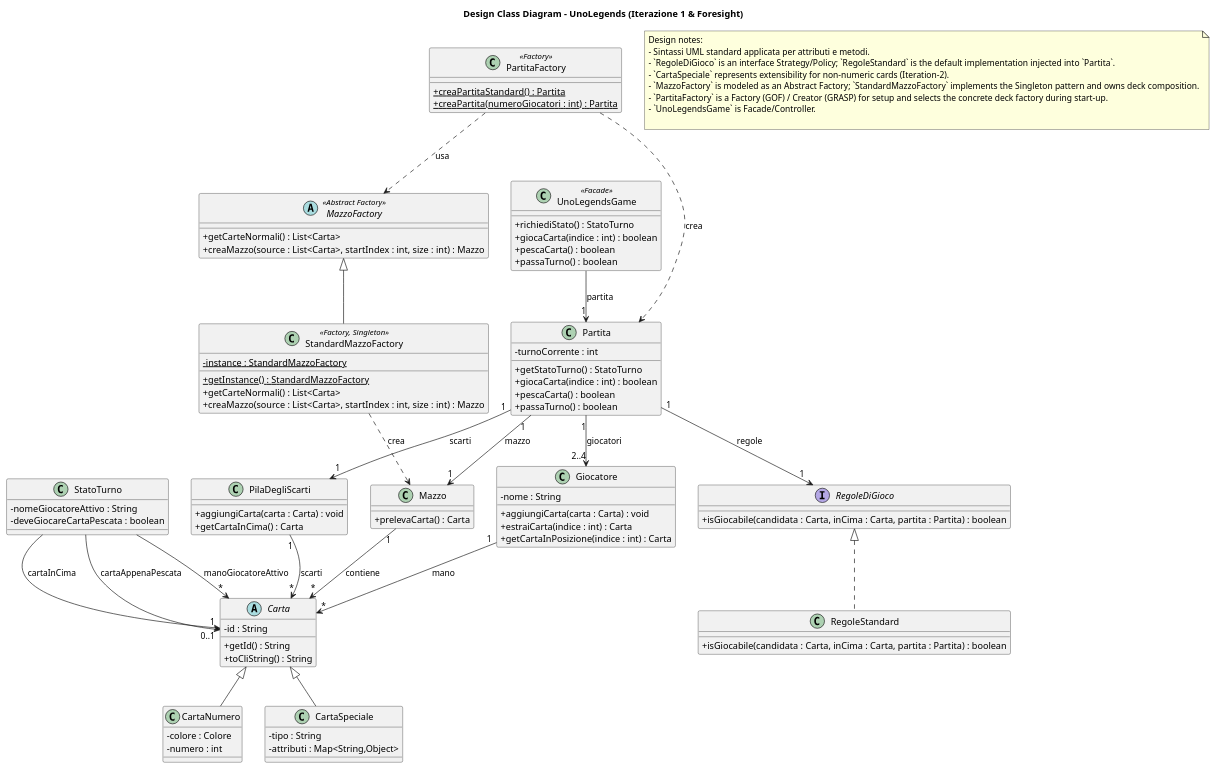
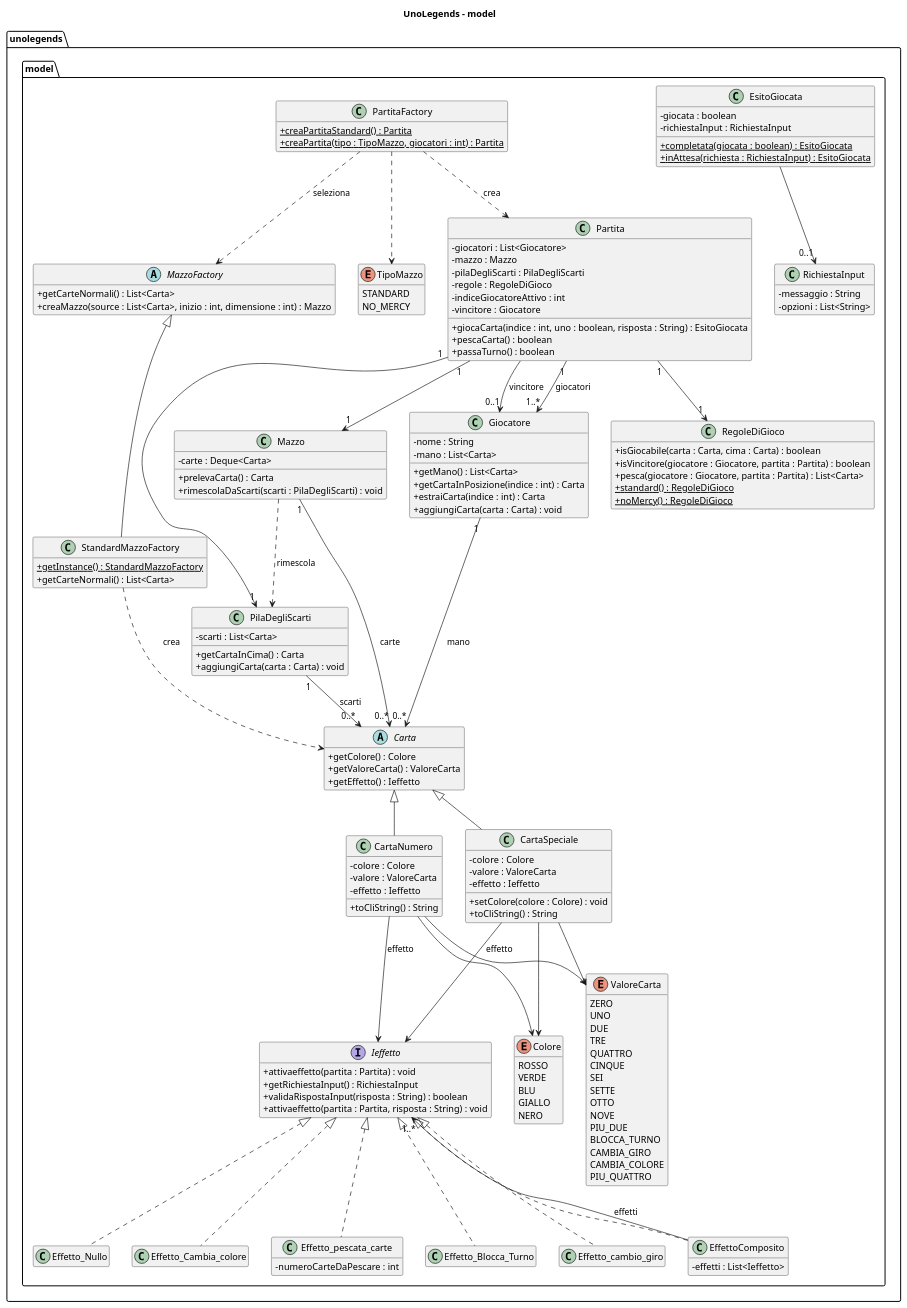
The diagram in Codice/docs/domain_class_diagram.puml (Frozzo/SoftwareEngineering), drawn with PlantUML before and after one commit. The commit also changed 27 other files, not shown here.

Commit message:
aggiumto effetti scalabili con aggiunta di classi d ausilio e modifica file di documentazione fra i quali domain_class_diagram.puml e gioca_turno.puml Nota il commit precedente ha effetti trattati in modo individuale magari è piu semplice il diagramma di quella verisone, rimosso anche stato turno

```diff
--- a/Codice/docs/domain_class_diagram.puml
+++ b/Codice/docs/domain_class_diagram.puml
@@ -1,114 +1,183 @@
 @startuml
-title Design Class Diagram - UnoLegends (Iterazione 1 & Foresight)
+title UnoLegends - model
 skinparam classAttributeIconSize 0
+hide empty members
+scale max 7000 width
 
-' Interfaces and abstract
-abstract class Carta {
-  -id : String
-  +getId() : String
-  +toCliString() : String
+package "unolegends.model" {
+  abstract class Carta {
+    +getColore() : Colore
+    +getValoreCarta() : ValoreCarta
+    +getEffetto() : Ieffetto
+  }
+
+  class CartaNumero {
+    -colore : Colore
+    -valore : ValoreCarta
+    -effetto : Ieffetto
+    +toCliString() : String
+  }
+
+  class CartaSpeciale {
+    -colore : Colore
+    -valore : ValoreCarta
+    -effetto : Ieffetto
+    +setColore(colore : Colore) : void
+    +toCliString() : String
+  }
+
+  class Giocatore {
+    -nome : String
+    -mano : List<Carta>
+    +getMano() : List<Carta>
+    +getCartaInPosizione(indice : int) : Carta
+    +estraiCarta(indice : int) : Carta
+    +aggiungiCarta(carta : Carta) : void
+  }
+
+  class Partita {
+    -giocatori : List<Giocatore>
+    -mazzo : Mazzo
+    -pilaDegliScarti : PilaDegliScarti
+    -regole : RegoleDiGioco
+    -indiceGiocatoreAttivo : int
+    -vincitore : Giocatore
+    +giocaCarta(indice : int, uno : boolean, risposta : String) : EsitoGiocata
+    +pescaCarta() : boolean
+    +passaTurno() : boolean
+  }
+
+  class RegoleDiGioco {
+    +isGiocabile(carta : Carta, cima : Carta) : boolean
+    +isVincitore(giocatore : Giocatore, partita : Partita) : boolean
+    +pesca(giocatore : Giocatore, partita : Partita) : List<Carta>
+    +{static} standard() : RegoleDiGioco
+    +{static} noMercy() : RegoleDiGioco
+  }
+
+  class Mazzo {
+    -carte : Deque<Carta>
+    +prelevaCarta() : Carta
+    +rimescolaDaScarti(scarti : PilaDegliScarti) : void
+  }
+
+  class PilaDegliScarti {
+    -scarti : List<Carta>
+    +getCartaInCima() : Carta
+    +aggiungiCarta(carta : Carta) : void
+  }
+
+  interface Ieffetto {
+    +attivaeffetto(partita : Partita) : void
+    +getRichiestaInput() : RichiestaInput
+    +validaRispostaInput(risposta : String) : boolean
+    +attivaeffetto(partita : Partita, risposta : String) : void
+  }
+
+  class Effetto_Nullo
+  class Effetto_Cambia_colore
+  class Effetto_pescata_carte {
+    -numeroCarteDaPescare : int
+  }
+  class Effetto_Blocca_Turno
+  class Effetto_cambio_giro
+  class EffettoComposito {
+    -effetti : List<Ieffetto>
+  }
+
+  class RichiestaInput {
+    -messaggio : String
+    -opzioni : List<String>
+  }
+
+  class EsitoGiocata {
+    -giocata : boolean
+    -richiestaInput : RichiestaInput
+    +{static} completata(giocata : boolean) : EsitoGiocata
+    +{static} inAttesa(richiesta : RichiestaInput) : EsitoGiocata
+  }
+
+  abstract class MazzoFactory {
+    +getCarteNormali() : List<Carta>
+    +creaMazzo(source : List<Carta>, inizio : int, dimensione : int) : Mazzo
+  }
+
+  class StandardMazzoFactory {
+    +{static} getInstance() : StandardMazzoFactory
+    +getCarteNormali() : List<Carta>
+  }
+
+  class PartitaFactory {
+    +{static} creaPartitaStandard() : Partita
+    +{static} creaPartita(tipo : TipoMazzo, giocatori : int) : Partita
+  }
+
+  enum Colore {
+    ROSSO
+    VERDE
+    BLU
+    GIALLO
+    NERO
+  }
+
+  enum ValoreCarta {
+    ZERO
+    UNO
+    DUE
+    TRE
+    QUATTRO
+    CINQUE
+    SEI
+    SETTE
+    OTTO
+    NOVE
+    PIU_DUE
+    BLOCCA_TURNO
+    CAMBIA_GIRO
+    CAMBIA_COLORE
+    PIU_QUATTRO
+  }
+
+  enum TipoMazzo {
+    STANDARD
+    NO_MERCY
+  }
 }
 
-interface RegoleDiGioco {
-  +isGiocabile(candidata : Carta, inCima : Carta, partita : Partita) : boolean
-}
-
-class RegoleStandard {
-  +isGiocabile(candidata : Carta, inCima : Carta, partita : Partita) : boolean
-}
-
-class CartaNumero {
-  -colore : Colore
-  -numero : int
-}
-
-class CartaSpeciale {
-  -tipo : String
-  -attributi : Map<String,Object>
-}
-
-' Domain actors / aggregates
-class Giocatore {
-  -nome : String
-  +aggiungiCarta(carta : Carta) : void
-  +estraiCarta(indice : int) : Carta
-  +getCartaInPosizione(indice : int) : Carta
-}
-
-class Mazzo {
-  +prelevaCarta() : Carta
-}
-
-class PilaDegliScarti {
-  +aggiungiCarta(carta : Carta) : void
-  +getCartaInCima() : Carta
-}
-
-class Partita {
-  -turnoCorrente : int
-  +getStatoTurno() : StatoTurno
-  +giocaCarta(indice : int) : boolean
-  +pescaCarta() : boolean
-  +passaTurno() : boolean
-}
-
-class PartitaFactory <<Factory>> {
-  +{static} creaPartitaStandard() : Partita
-  +{static} creaPartita(numeroGiocatori : int) : Partita
-}
-
-abstract class MazzoFactory <<Abstract Factory>> {
-  +getCarteNormali() : List<Carta>
-  +creaMazzo(source : List<Carta>, startIndex : int, size : int) : Mazzo
-}
-
-class StandardMazzoFactory <<Factory, Singleton>> {
-  -{static} instance : StandardMazzoFactory
-  +{static} getInstance() : StandardMazzoFactory
-  +getCarteNormali() : List<Carta>
-  +creaMazzo(source : List<Carta>, startIndex : int, size : int) : Mazzo
-}
-
-class UnoLegendsGame <<Facade>> {
-  +richiediStato() : StatoTurno
-  +giocaCarta(indice : int) : boolean
-  +pescaCarta() : boolean
-  +passaTurno() : boolean
-}
-
-class StatoTurno {
-  -nomeGiocatoreAttivo : String
-  -deveGiocareCartaPescata : boolean
-}
-
-' relationships (Inheritance and Realization)
 Carta <|-- CartaNumero
 Carta <|-- CartaSpeciale
-RegoleDiGioco <|.. RegoleStandard
+
+Ieffetto <|.. Effetto_Nullo
+Ieffetto <|.. Effetto_Cambia_colore
+Ieffetto <|.. Effetto_pescata_carte
+Ieffetto <|.. Effetto_Blocca_Turno
+Ieffetto <|.. Effetto_cambio_giro
+Ieffetto <|.. EffettoComposito
+
 MazzoFactory <|-- StandardMazzoFactory
 
-' Navigability (Attribute visualization)
-Giocatore "1" --> "*" Carta : mano
-Mazzo "1" --> "*" Carta : contiene
-PilaDegliScarti "1" --> "*" Carta : scarti
+CartaNumero --> Ieffetto : effetto
+CartaSpeciale --> Ieffetto : effetto
+EffettoComposito --> "1..*" Ieffetto : effetti
+CartaNumero --> Colore
+CartaSpeciale --> Colore
+CartaNumero --> ValoreCarta
+CartaSpeciale --> ValoreCarta
 
-Partita "1" --> "2..4" Giocatore : giocatori
-Partita "1" --> "1" Mazzo : mazzo
-Partita "1" --> "1" PilaDegliScarti : scarti
-Partita "1" --> "1" RegoleDiGioco : regole
+Giocatore "1" --> "0..*" Carta : mano
+Mazzo "1" --> "0..*" Carta : carte
+PilaDegliScarti "1" --> "0..*" Carta : scarti
+Partita "1" --> "1..*" Giocatore : giocatori
+Partita "1" --> "1" Mazzo
+Partita "1" --> "1" PilaDegliScarti
+Partita "1" --> "1" RegoleDiGioco
+Partita --> "0..1" Giocatore : vincitore
+EsitoGiocata --> "0..1" RichiestaInput
 
-UnoLegendsGame --> "1" Partita : partita
-
-' StatoTurno Visual Attributes
-StatoTurno --> "*" Carta : manoGiocatoreAttivo
-StatoTurno --> "1" Carta : cartaInCima
-StatoTurno --> "0..1" Carta : cartaAppenaPescata
-
-' Creation and Dependency relationships
+Mazzo ..> PilaDegliScarti : rimescola
 PartitaFactory ..> Partita : crea
-PartitaFactory ..> MazzoFactory : usa
-StandardMazzoFactory ..> Mazzo : crea
-
-note "Design notes:\n- Sintassi UML standard applicata per attributi e metodi.\n- `RegoleDiGioco` is an interface Strategy/Policy; `RegoleStandard` is the default implementation injected into `Partita`.\n- `CartaSpeciale` represents extensibility for non-numeric cards (Iteration-2).\n- `MazzoFactory` is modeled as an Abstract Factory; `StandardMazzoFactory` implements the Singleton pattern and owns deck composition.\n- `PartitaFactory` is a Factory (GOF) / Creator (GRASP) for setup and selects the concrete deck factory during start-up.\n- `UnoLegendsGame` is Facade/Controller.\n" as N2
+PartitaFactory ..> MazzoFactory : seleziona
+StandardMazzoFactory ..> Carta : crea
+PartitaFactory ..> TipoMazzo
 
 @enduml
```
